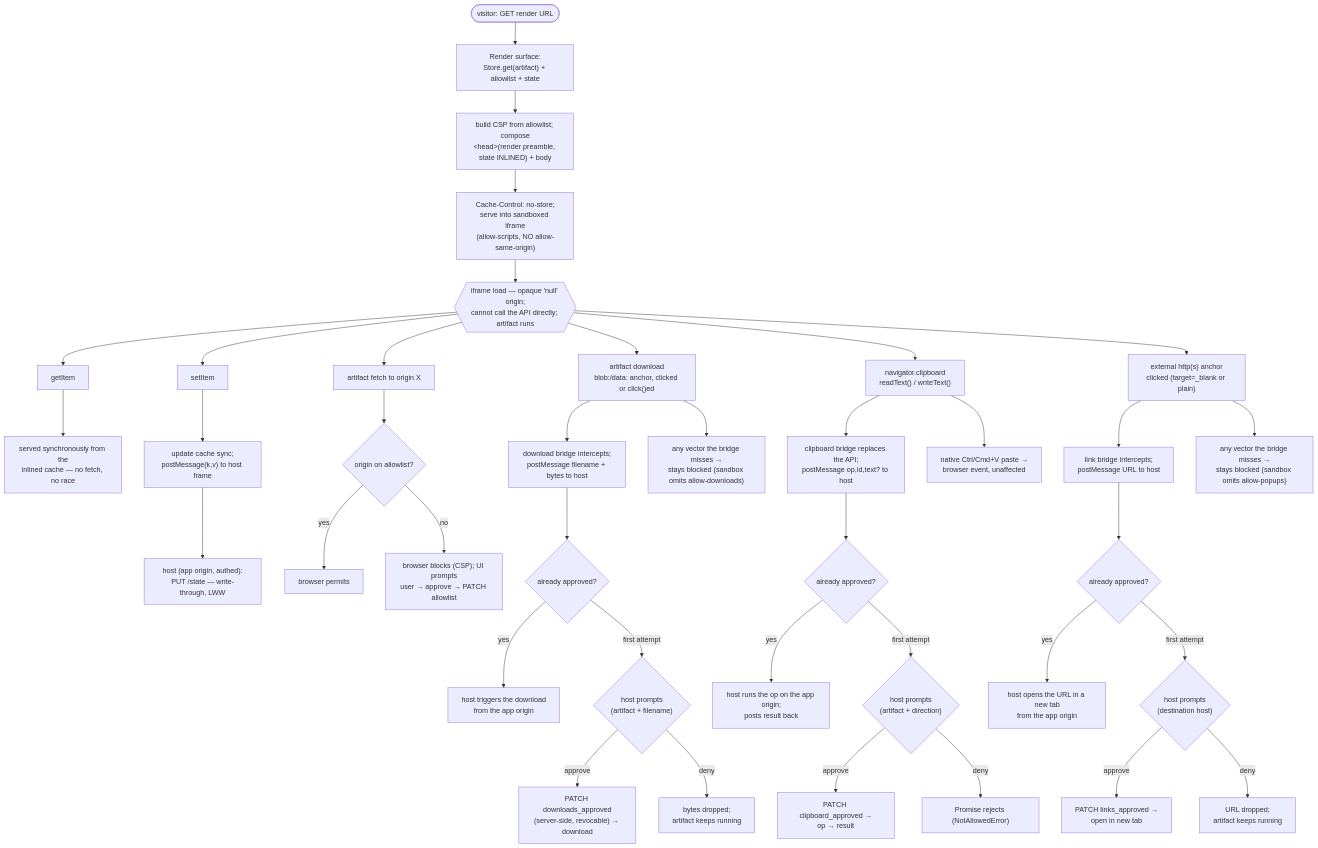
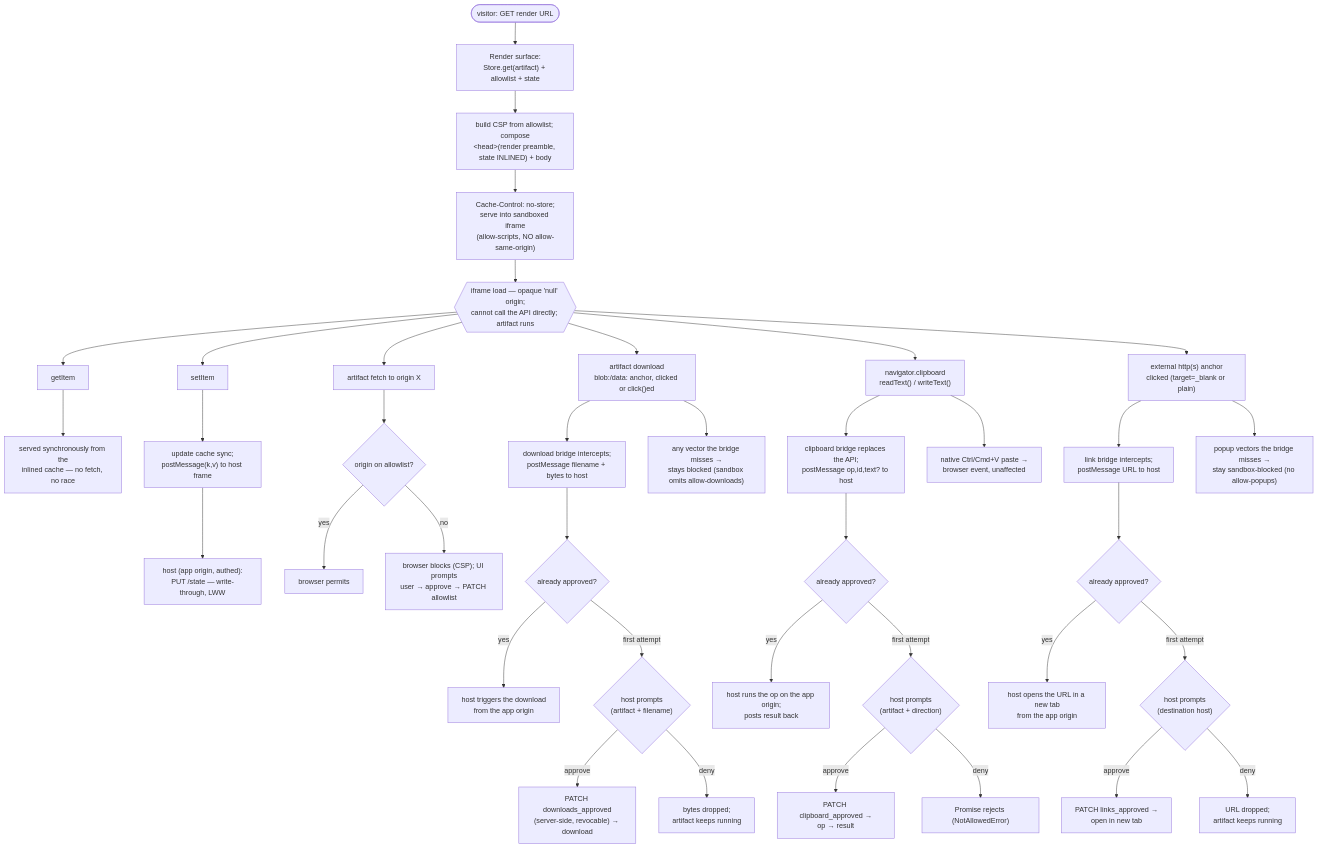
One commit to momja/Exhibit changed the third of 3 diagrams in docs/architecture.md. Above: the diagram before and after it, drawn with Mermaid. The commit also changed other lines of this file and 7 other files, not shown here.

````diff
--- a/docs/architecture.md
+++ b/docs/architecture.md
@@ -471,45 +471,45 @@
 ```mermaid
 flowchart TD
     v(["visitor: GET render URL"]) --> r1["Render surface:<br/>Store.get(artifact) + allowlist + state"]
     r1 --> r2["build CSP from allowlist; compose<br/>&lt;head&gt;(render preamble, state INLINED) + body"]
     r2 --> r3["Cache-Control: no-store;<br/>serve into sandboxed iframe<br/>(allow-scripts, NO allow-same-origin)"]
     r3 --> load{{"iframe load — opaque 'null' origin;<br/>cannot call the API directly; artifact runs"}}
 
     load --> getItem["getItem"]
     getItem --> getRes["served synchronously from the<br/>inlined cache — no fetch, no race"]
     load --> setItem["setItem"]
     setItem --> setRes["update cache sync;<br/>postMessage(k,v) to host frame"]
     setRes --> setPut["host (app origin, authed):<br/>PUT /state — write-through, LWW"]
 
     load --> fetch["artifact fetch to origin X"]
     fetch --> fetchQ{"origin on allowlist?"}
     fetchQ -->|yes| fPermit["browser permits"]
     fetchQ -->|no| fBlock["browser blocks (CSP); UI prompts<br/>user &rarr; approve &rarr; PATCH allowlist"]
 
     load --> dl["artifact download<br/>blob:/data: anchor, clicked or click()ed"]
     dl --> dlInt["download bridge intercepts;<br/>postMessage filename + bytes to host"]
     dlInt --> dlQ{"already approved?"}
     dlQ -->|yes| dlGo["host triggers the download<br/>from the app origin"]
     dlQ -->|first attempt| dlPrompt{"host prompts<br/>(artifact + filename)"}
     dlPrompt -->|approve| dlOK["PATCH downloads_approved<br/>(server-side, revocable) &rarr; download"]
     dlPrompt -->|deny| dlNo["bytes dropped;<br/>artifact keeps running"]
     dl --> dlMiss["any vector the bridge misses &rarr;<br/>stays blocked (sandbox omits allow-downloads)"]
 
     load --> cb["navigator.clipboard<br/>readText() / writeText()"]
     cb --> cbInt["clipboard bridge replaces the API;<br/>postMessage op,id,text? to host"]
     cbInt --> cbQ{"already approved?"}
     cbQ -->|yes| cbGo["host runs the op on the app origin;<br/>posts result back"]
     cbQ -->|first attempt| cbPrompt{"host prompts<br/>(artifact + direction)"}
     cbPrompt -->|approve| cbOK["PATCH clipboard_approved &rarr;<br/>op &rarr; result"]
     cbPrompt -->|deny| cbNo["Promise rejects (NotAllowedError)"]
     cb --> cbNative["native Ctrl/Cmd+V paste &rarr;<br/>browser event, unaffected"]
 
     load --> lk["external http(s) anchor<br/>clicked (target=_blank or plain)"]
     lk --> lkInt["link bridge intercepts;<br/>postMessage URL to host"]
     lkInt --> lkQ{"already approved?"}
     lkQ -->|yes| lkGo["host opens the URL in a new tab<br/>from the app origin"]
     lkQ -->|first attempt| lkPrompt{"host prompts<br/>(destination host)"}
     lkPrompt -->|approve| lkOK["PATCH links_approved &rarr;<br/>open in new tab"]
     lkPrompt -->|deny| lkNo["URL dropped;<br/>artifact keeps running"]
-    lk --> lkMiss["any vector the bridge misses &rarr;<br/>stays blocked (sandbox omits allow-popups)"]
+    lk --> lkMiss["popup vectors the bridge misses &rarr;<br/>stay sandbox-blocked (no allow-popups)"]
 ```
````
